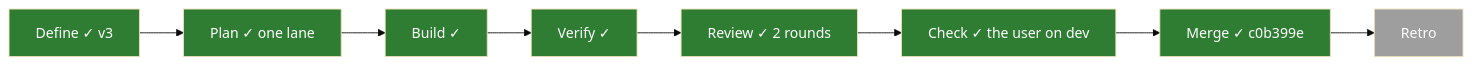
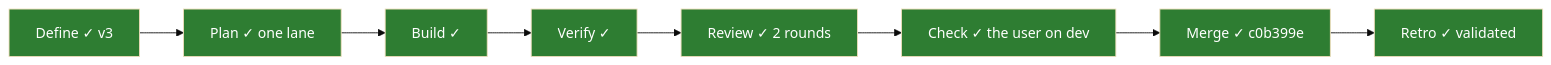
Before and after one commit to PaliCanon/learn-pali: the first of 2 diagrams in .task/054-add-word.md, drawn with Mermaid (base theme). The commit also changed other lines of this file, not shown here.

Commit message:
chore(task): 054 retro validated

````diff
--- a/.task/054-add-word.md
+++ b/.task/054-add-word.md
@@ -11,7 +11,7 @@
 ```mermaid
 flowchart LR
-  Define["Define ✓ v3"]:::done --> Plan["Plan ✓ one lane"]:::done --> Build["Build ✓"]:::done --> Verify["Verify ✓"]:::done --> Review["Review ✓ 2 rounds"]:::done --> Check["Check ✓ the user on dev"]:::done --> Merge["Merge ✓ c0b399e"]:::done --> Retro:::todo
+  Define["Define ✓ v3"]:::done --> Plan["Plan ✓ one lane"]:::done --> Build["Build ✓"]:::done --> Verify["Verify ✓"]:::done --> Review["Review ✓ 2 rounds"]:::done --> Check["Check ✓ the user on dev"]:::done --> Merge["Merge ✓ c0b399e"]:::done --> Retro["Retro ✓ validated"]:::done
   classDef doing fill:#f9a825,color:#000
   classDef done fill:#2e7d32,color:#fff
   classDef todo fill:#9e9e9e,color:#fff
 ```
````
